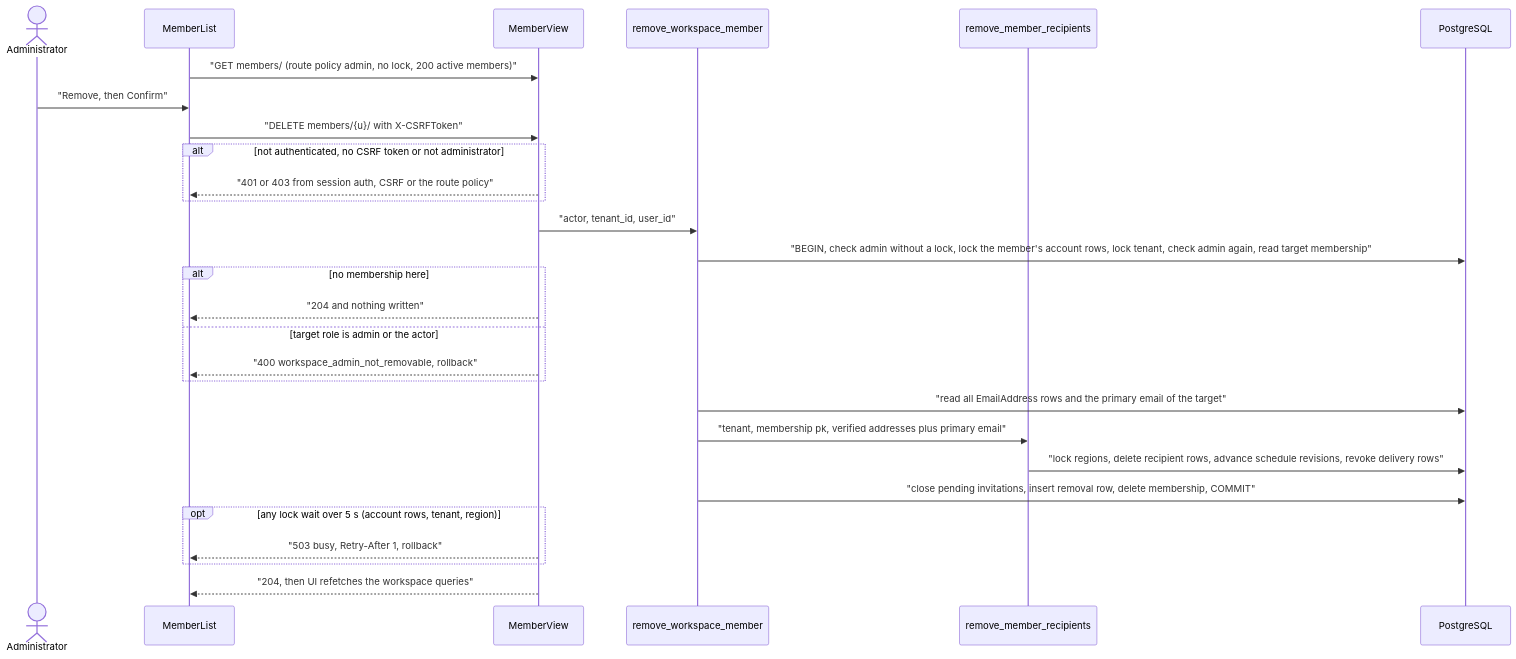
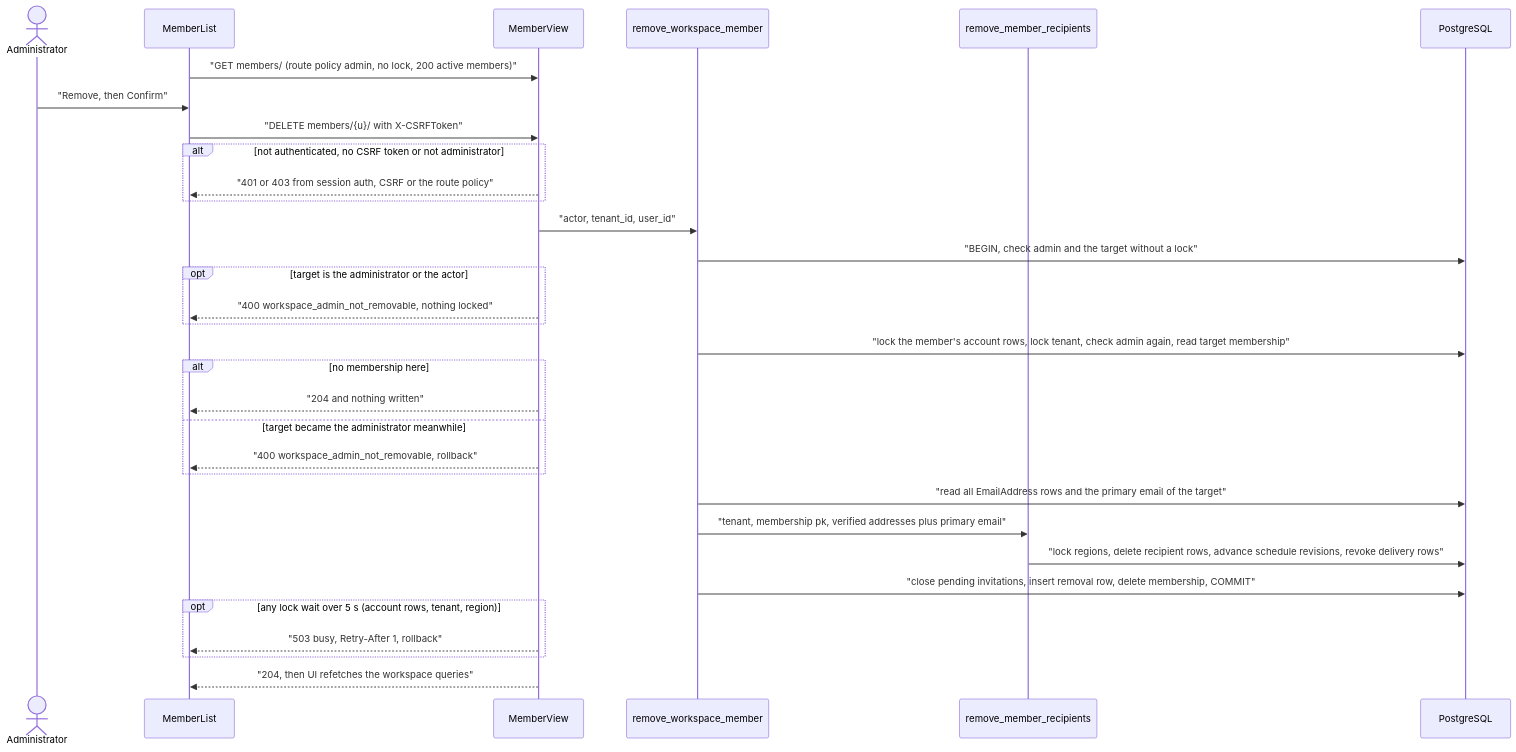
One commit to erkurtharun/pyracast changed the diagram in docs/flows/member-removal.md. Above: the diagram before and after it, drawn with Mermaid. The commit also changed other lines of this file and 67 other files, not shown here.

````diff
--- a/docs/flows/member-removal.md
+++ b/docs/flows/member-removal.md
@@ -14,30 +14,34 @@
 ```mermaid
 sequenceDiagram
     actor A as Administrator
     participant UI as MemberList
     participant V as MemberView
     participant Op as remove_workspace_member
     participant Rc as remove_member_recipients
     participant DB as PostgreSQL
     UI->>V: "GET members/ (route policy admin, no lock, 200 active members)"
     A->>UI: "Remove, then Confirm"
     UI->>V: "DELETE members/{u}/ with X-CSRFToken"
     alt not authenticated, no CSRF token or not administrator
         V-->>UI: "401 or 403 from session auth, CSRF or the route policy"
     end
     V->>Op: "actor, tenant_id, user_id"
-    Op->>DB: "BEGIN, check admin without a lock, lock the member's account rows, lock tenant, check admin again, read target membership"
+    Op->>DB: "BEGIN, check admin and the target without a lock"
+    opt target is the administrator or the actor
+        V-->>UI: "400 workspace_admin_not_removable, nothing locked"
+    end
+    Op->>DB: "lock the member's account rows, lock tenant, check admin again, read target membership"
     alt no membership here
         V-->>UI: "204 and nothing written"
-    else target role is admin or the actor
+    else target became the administrator meanwhile
         V-->>UI: "400 workspace_admin_not_removable, rollback"
     end
     Op->>DB: "read all EmailAddress rows and the primary email of the target"
     Op->>Rc: "tenant, membership pk, verified addresses plus primary email"
     Rc->>DB: "lock regions, delete recipient rows, advance schedule revisions, revoke delivery rows"
     Op->>DB: "close pending invitations, insert removal row, delete membership, COMMIT"
     opt any lock wait over 5 s (account rows, tenant, region)
         V-->>UI: "503 busy, Retry-After 1, rollback"
     end
     V-->>UI: "204, then UI refetches the workspace queries"
 ```
````
